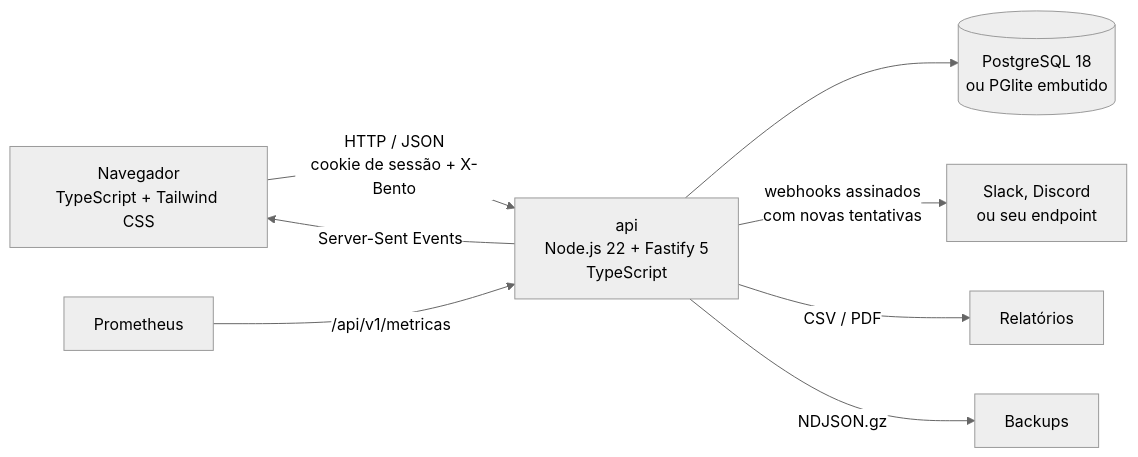
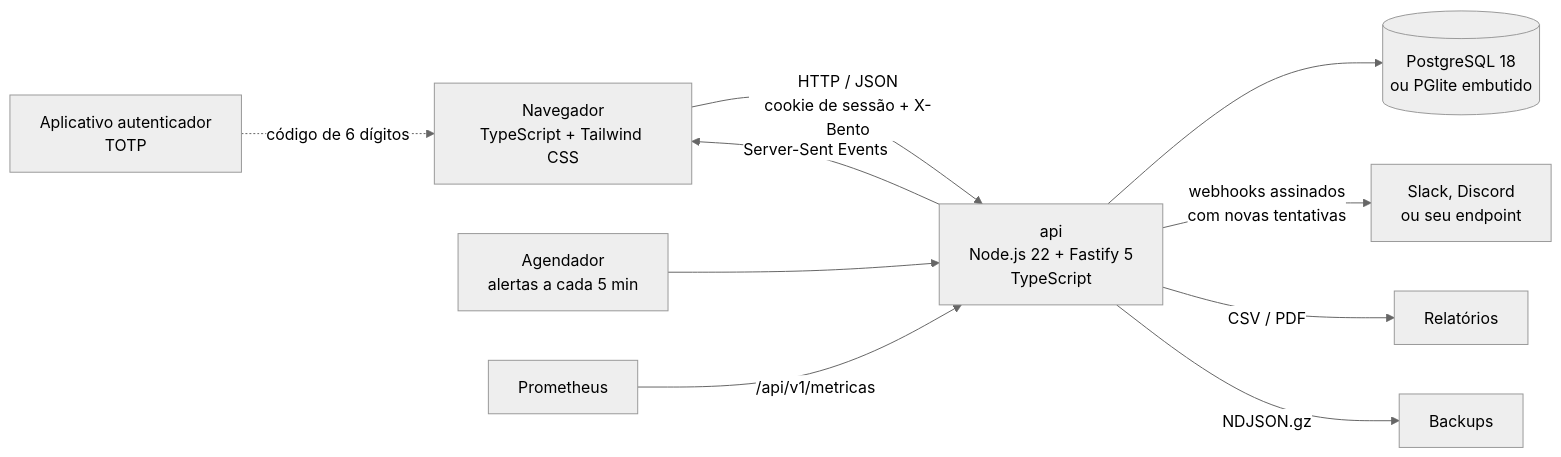
The diagram in README.md (ravelroot/Data-Driven-Admin-Panel), drawn with Mermaid (neutral theme) before and after one commit. The commit also changed other lines of this file and 94 other files, not shown here.

````diff
--- a/README.md
+++ b/README.md
@@ -54,10 +74,12 @@
 ```mermaid
 flowchart LR
     UI["Navegador<br/>TypeScript + Tailwind CSS"] -- "HTTP / JSON<br/>cookie de sessão + X-Bento" --> API["api<br/>Node.js 22 + Fastify 5<br/>TypeScript"]
     API -- "Server-Sent Events" --> UI
     API --> BD[("PostgreSQL 18<br/>ou PGlite embutido")]
     API -- "webhooks assinados<br/>com novas tentativas" --> EXT["Slack, Discord<br/>ou seu endpoint"]
     API -- "CSV / PDF" --> REL["Relatórios"]
     API -- "NDJSON.gz" --> BKP["Backups"]
+    AG["Agendador<br/>alertas a cada 5 min"] --> API
+    APP["Aplicativo autenticador<br/>TOTP"] -. "código de 6 dígitos" .-> UI
     PROM["Prometheus"] -- "/api/v1/metricas" --> API
 ```
````
